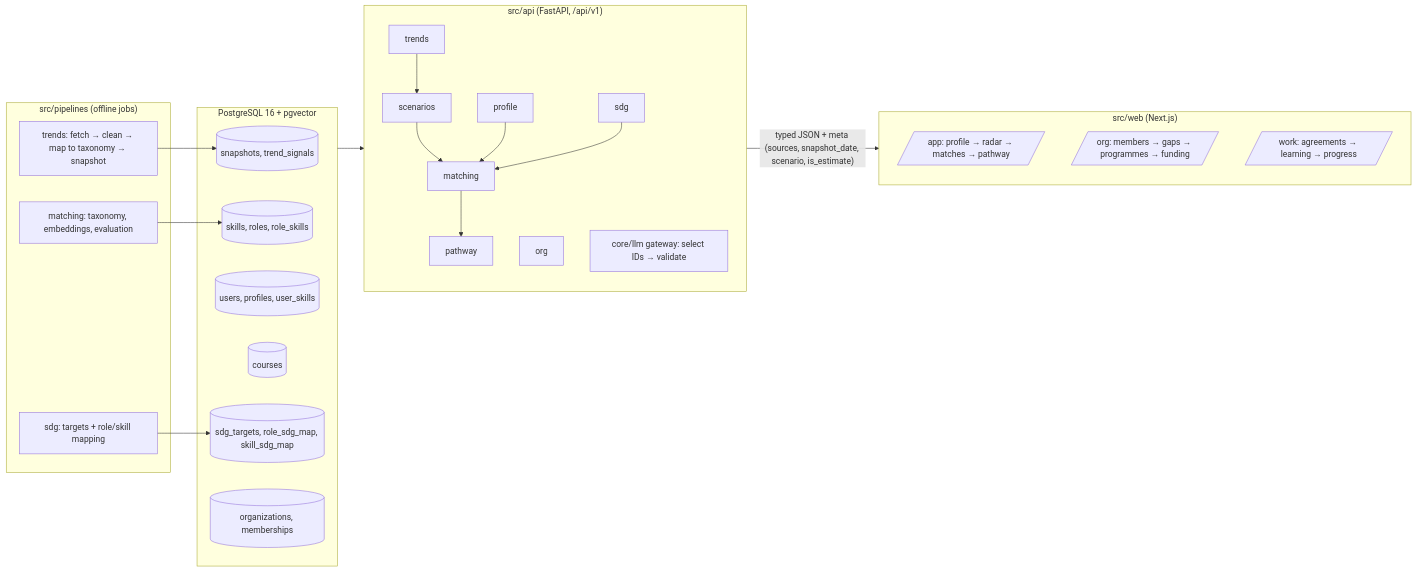
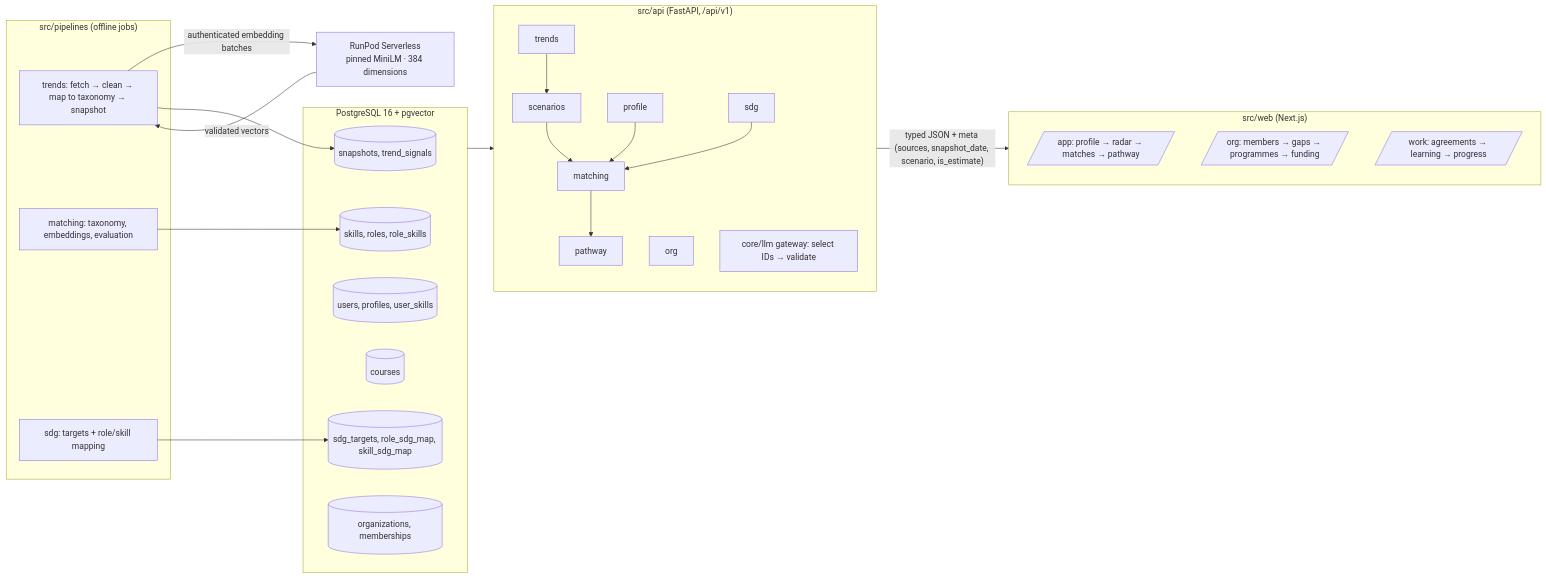
One commit to pecel-lelele/adept changed the diagram in docs/architecture.md. Above: the diagram before and after it, drawn with Mermaid. The commit also changed other lines of this file and 11 other files, not shown here.

Commit message:
fix(core): verify trend database before RunPod inference

````diff
--- a/docs/architecture.md
+++ b/docs/architecture.md
@@ -5,33 +5,36 @@
 ```mermaid
 flowchart LR
   subgraph Offline["src/pipelines (offline jobs)"]
     T[trends: fetch → clean → map to taxonomy → snapshot]
     M[matching: taxonomy, embeddings, evaluation]
     S[sdg: targets + role/skill mapping]
   end
   subgraph DB["PostgreSQL 16 + pgvector"]
     snap[(snapshots, trend_signals)]
     tax[(skills, roles, role_skills)]
     prof[(users, profiles, user_skills)]
     cat[(courses)]
     sdg[(sdg_targets, role_sdg_map, skill_sdg_map)]
     org[(organizations, memberships)]
   end
   subgraph API["src/api (FastAPI, /api/v1)"]
     r1[trends] --> r2[scenarios] --> r3[matching] --> r4[pathway]
     r5[profile] --> r3
     r6[sdg] --> r3
     r7[org]
     llm[core/llm gateway: select IDs → validate]
   end
   subgraph Web["src/web (Next.js)"]
     ind[/app: profile → radar → matches → pathway/]
     orgw[/org: members → gaps → programmes → funding/]
     employee[/work: agreements → learning → progress/]
   end
+  encoder["RunPod Serverless<br/>pinned MiniLM · 384 dimensions"]
+  T -- "authenticated embedding batches" --> encoder
+  encoder -- "validated vectors" --> T
   T --> snap
   M --> tax
   S --> sdg
   DB --> API
   API -- "typed JSON + meta (sources, snapshot_date, scenario, is_estimate)" --> Web
 ```
````
